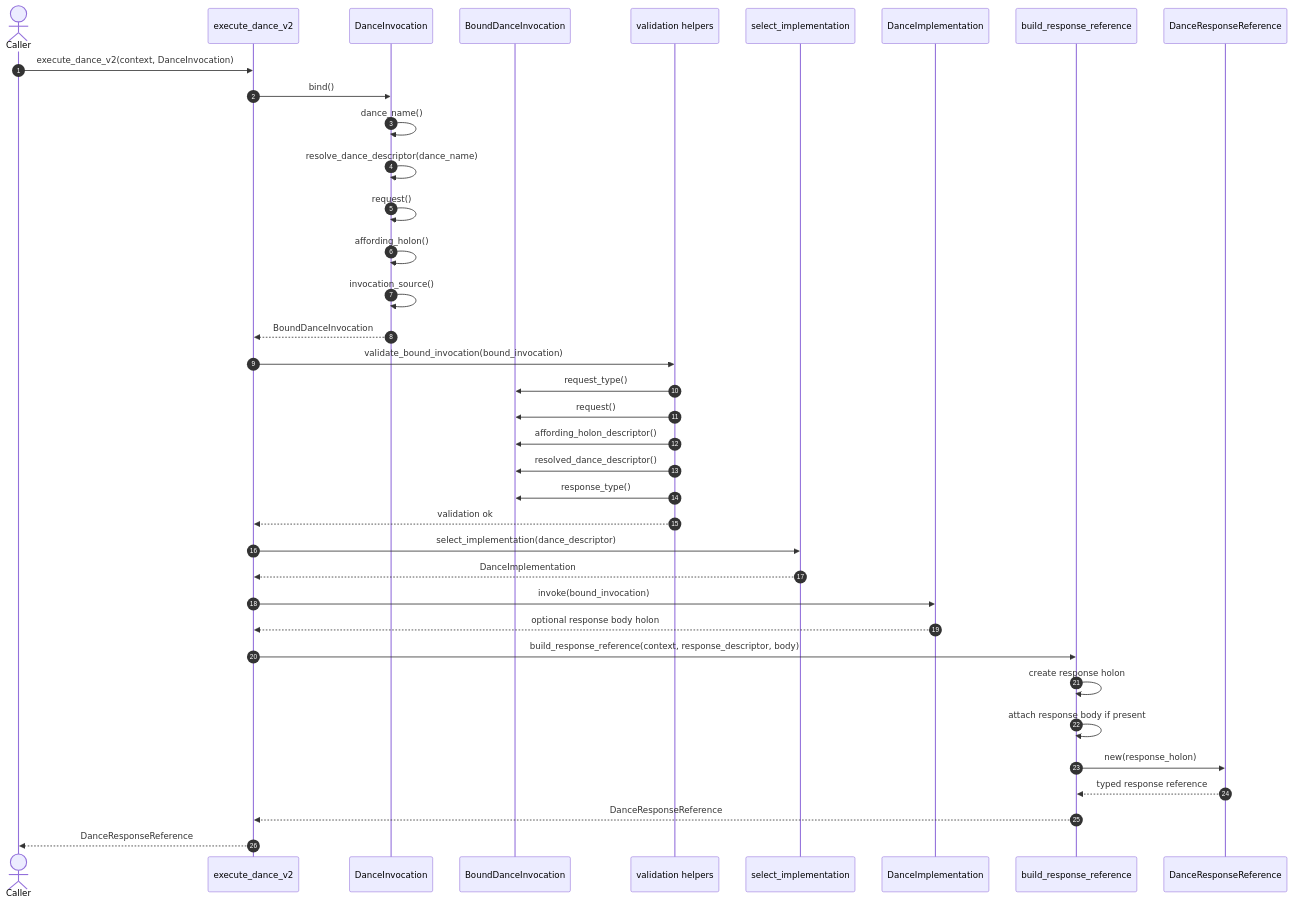
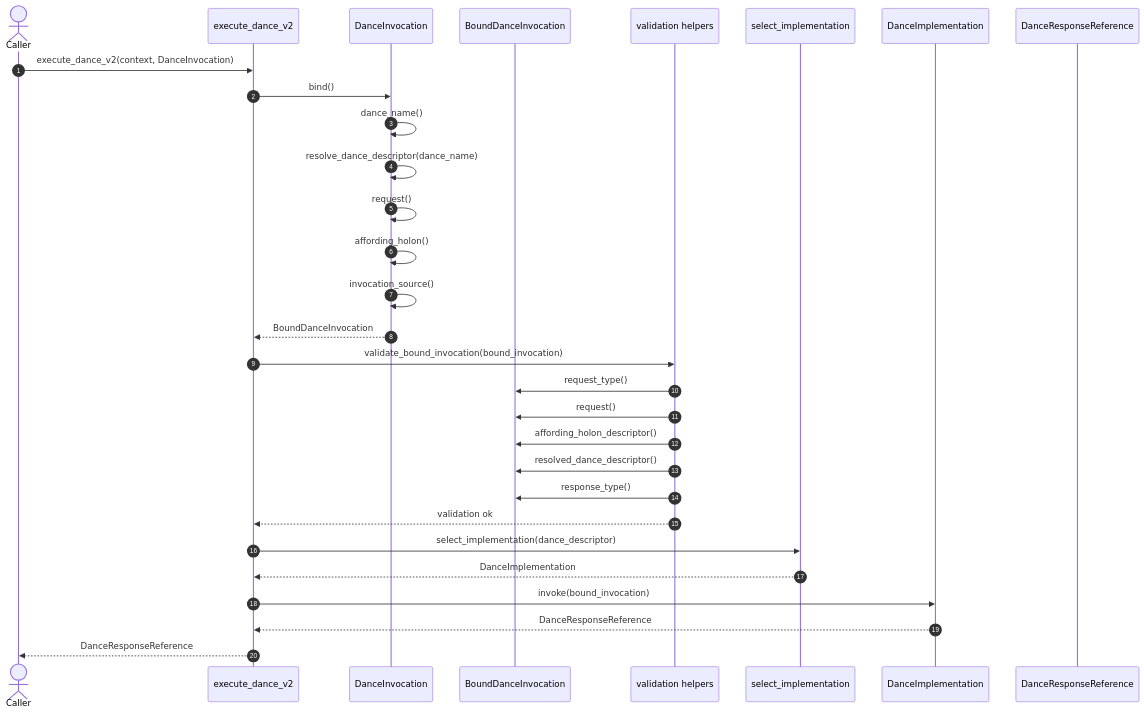
The diagram in docs/core/dances/dances-design-spec.md (memetic-activation-platform/map-dev-docs), drawn with Mermaid before and after one commit. The commit also changed other lines of this file and 6 other files, not shown here.

````diff
--- a/docs/core/dances/dances-design-spec.md
+++ b/docs/core/dances/dances-design-spec.md
@@ -713,45 +710,36 @@
 ```mermaid
 sequenceDiagram
     autonumber
     actor Caller
     participant Executor as execute_dance_v2
     participant Invocation as DanceInvocation
     participant Bound as BoundDanceInvocation
     participant Validator as validation helpers
     participant Selector as select_implementation
     participant Impl as DanceImplementation
-    participant ResponseBuilder as build_response_reference
     participant ResponseRef as DanceResponseReference
 
     Caller->>Executor: execute_dance_v2(context, DanceInvocation)
     Executor->>Invocation: bind()
     Invocation->>Invocation: dance_name()
     Invocation->>Invocation: resolve_dance_descriptor(dance_name)
     Invocation->>Invocation: request()
     Invocation->>Invocation: affording_holon()
     Invocation->>Invocation: invocation_source()
     Invocation-->>Executor: BoundDanceInvocation
 
     Executor->>Validator: validate_bound_invocation(bound_invocation)
     Validator->>Bound: request_type()
     Validator->>Bound: request()
     Validator->>Bound: affording_holon_descriptor()
     Validator->>Bound: resolved_dance_descriptor()
     Validator->>Bound: response_type()
     Validator-->>Executor: validation ok
 
     Executor->>Selector: select_implementation(dance_descriptor)
     Selector-->>Executor: DanceImplementation
 
     Executor->>Impl: invoke(bound_invocation)
-    Impl-->>Executor: optional response body holon
-
-    Executor->>ResponseBuilder: build_response_reference(context, response_descriptor, body)
-    ResponseBuilder->>ResponseBuilder: create response holon
-    ResponseBuilder->>ResponseBuilder: attach response body if present
-    ResponseBuilder->>ResponseRef: new(response_holon)
-    ResponseRef-->>ResponseBuilder: typed response reference
-
-    ResponseBuilder-->>Executor: DanceResponseReference
+    Impl-->>Executor: DanceResponseReference
     Executor-->>Caller: DanceResponseReference
 ```
````
